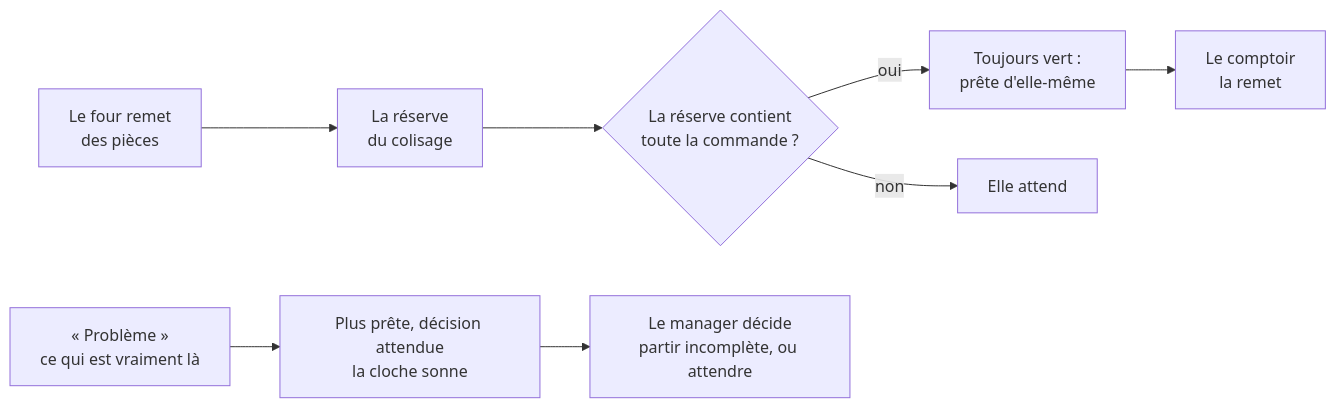
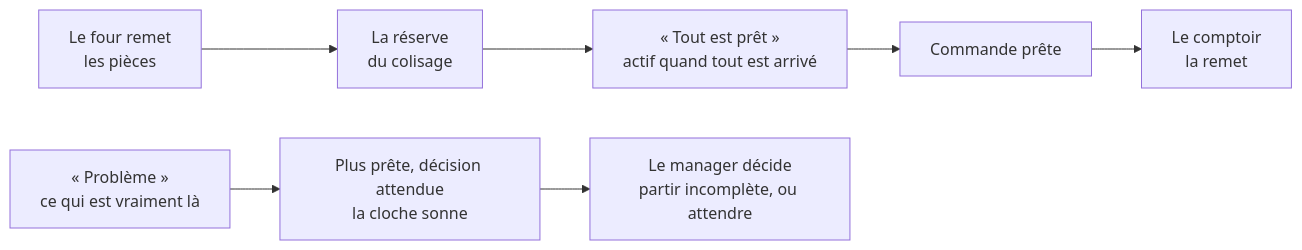
One commit to hugoheynard/lfd changed the first of 2 diagrams in documentation/colisage/plan-niveaux-de-suivi-colisage.md. Above: the diagram before and after it, drawn with Mermaid. The commit also changed other lines of this file and 2 other files, not shown here.

First line of the commit message:
docs(colisage): le colisage simple, sans toujours vert

````diff
--- a/documentation/colisage/plan-niveaux-de-suivi-colisage.md
+++ b/documentation/colisage/plan-niveaux-de-suivi-colisage.md
@@ -34,10 +34,9 @@
 ```mermaid
 flowchart LR
-    F["Le four remet<br/>des pièces"] --> R["La réserve<br/>du colisage"]
-    R --> Q{"La réserve contient<br/>toute la commande ?"}
-    Q -- oui --> P["Toujours vert :<br/>prête d'elle-même"]
-    Q -- non --> W["Elle attend"]
+    F["Le four remet<br/>les pièces"] --> R["La réserve<br/>du colisage"]
+    R --> B["« Tout est prêt »<br/>actif quand tout est arrivé"]
+    B --> P["Commande prête"]
     P --> C["Le comptoir<br/>la remet"]
     X["« Problème »<br/>ce qui est vraiment là"] --> M["Plus prête, décision attendue<br/>la cloche sonne"]
     M --> D["Le manager décide<br/>partir incomplète, ou attendre"]
 ```
````
